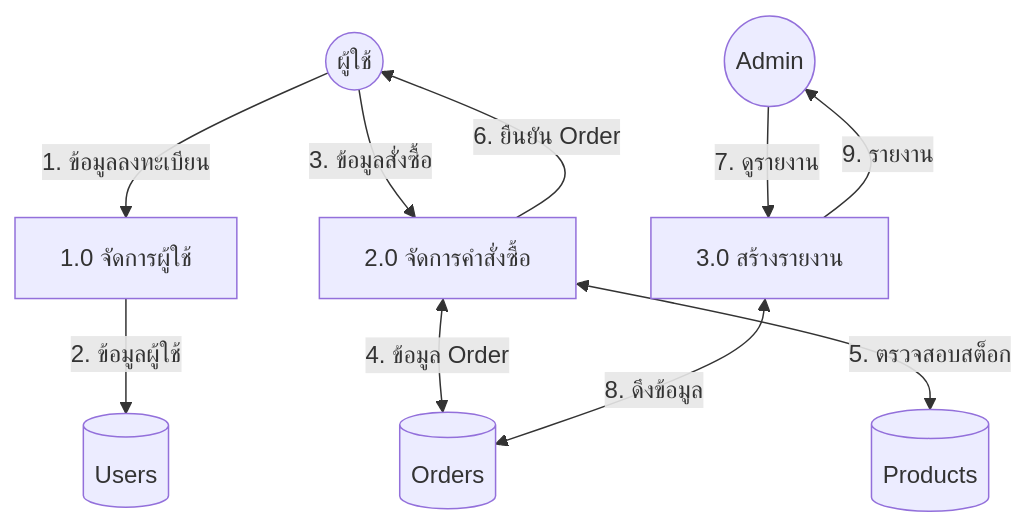
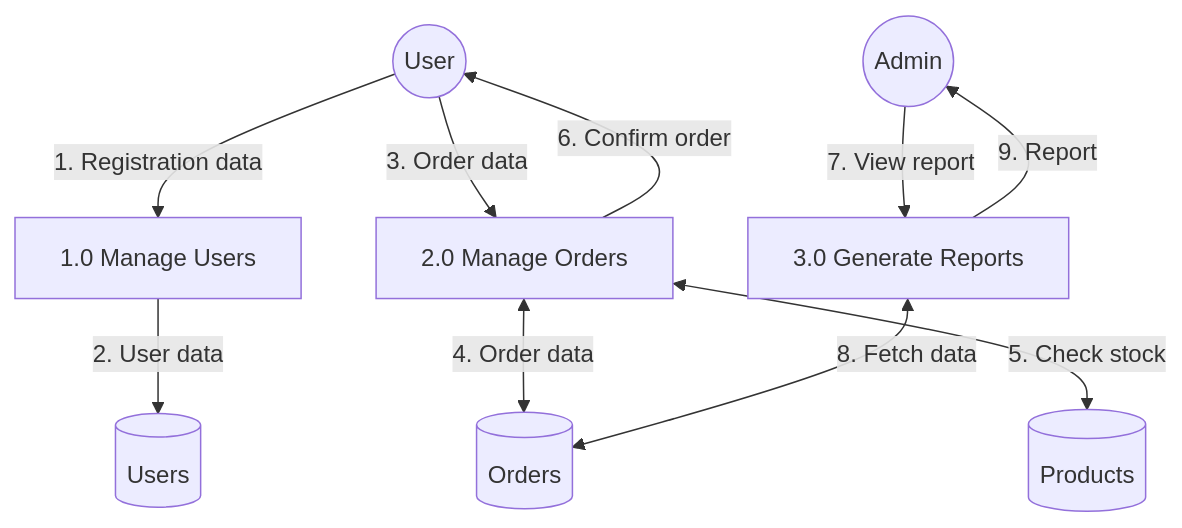
Before and after one commit to mounchons/AgentMarketPlace: the fifth of 9 diagrams in plugins/system-design-doc/skills/system-design-doc/templates/design-doc-template.md, drawn with Mermaid. The commit also changed other lines of this file and 51 other files, not shown here.

````diff
--- a/plugins/system-design-doc/skills/system-design-doc/templates/design-doc-template.md
+++ b/plugins/system-design-doc/skills/system-design-doc/templates/design-doc-template.md
@@ -277,14 +277,14 @@
 ```mermaid
 flowchart TB
-    E1((ผู้ใช้)) -->|1. ข้อมูลลงทะเบียน| P1[1.0 จัดการผู้ใช้]
-    P1 -->|2. ข้อมูลผู้ใช้| D1[(Users)]
-    
-    E1 -->|3. ข้อมูลสั่งซื้อ| P2[2.0 จัดการคำสั่งซื้อ]
-    P2 <-->|4. ข้อมูล Order| D2[(Orders)]
-    P2 <-->|5. ตรวจสอบสต็อก| D3[(Products)]
-    P2 -->|6. ยืนยัน Order| E1
-    
-    E2((Admin)) -->|7. ดูรายงาน| P3[3.0 สร้างรายงาน]
-    P3 <-->|8. ดึงข้อมูล| D2
-    P3 -->|9. รายงาน| E2
+    E1((User)) -->|1. Registration data| P1[1.0 Manage Users]
+    P1 -->|2. User data| D1[(Users)]
+
+    E1 -->|3. Order data| P2[2.0 Manage Orders]
+    P2 <-->|4. Order data| D2[(Orders)]
+    P2 <-->|5. Check stock| D3[(Products)]
+    P2 -->|6. Confirm order| E1
+
+    E2((Admin)) -->|7. View report| P3[3.0 Generate Reports]
+    P3 <-->|8. Fetch data| D2
+    P3 -->|9. Report| E2
 ```
````
